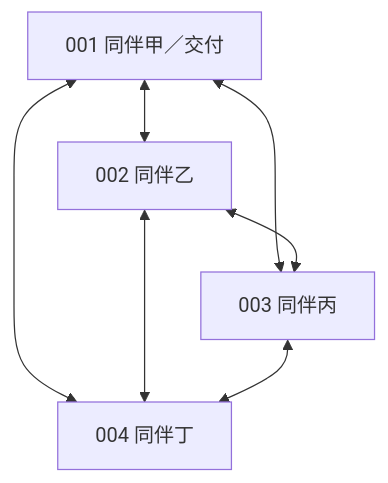
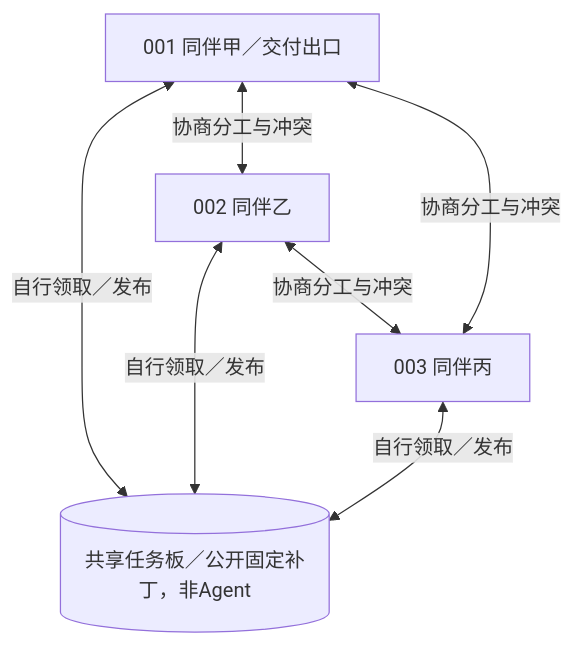
Before and after one commit to haoyueliuzhao/ProWorkSim: the fourth of 6 diagrams in docs/experiments/software-benchmark-results-and-organizations-summary-20261030.md, drawn with Mermaid. The commit also changed other lines of this file and 2 other files, not shown here.

````diff
--- a/docs/experiments/software-benchmark-results-and-organizations-summary-20261030.md
+++ b/docs/experiments/software-benchmark-results-and-organizations-summary-20261030.md
@@ -117,13 +118,10 @@
 ```mermaid
 flowchart TB
-    A["001 同伴甲／交付"]
-    B["002 同伴乙"]
-    C["003 同伴丙"]
-    D["004 同伴丁"]
-    A <--> B
-    A <--> C
-    A <--> D
-    B <--> C
-    B <--> D
-    C <--> D
+    B[("共享任务板／公开固定补丁，非Agent")]
+    P1["001 同伴甲／交付出口"] <-->|自行领取／发布| B
+    P2["002 同伴乙"] <-->|自行领取／发布| B
+    P3["003 同伴丙"] <-->|自行领取／发布| B
+    P1 <-->|协商分工与冲突| P2
+    P2 <-->|协商分工与冲突| P3
+    P3 <-->|协商分工与冲突| P1
 ```
````
